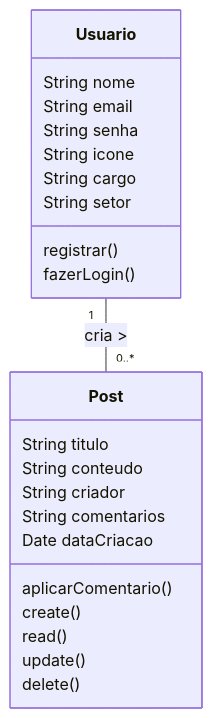
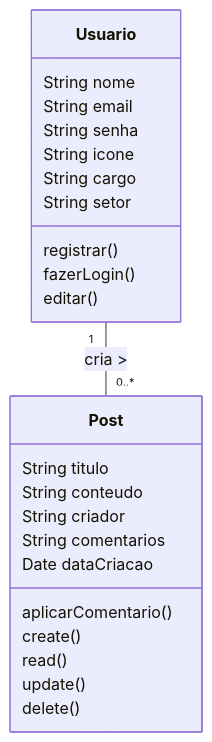
One commit to rafaelmoura23/plataforma_aulas-react changed the second of 3 diagrams in README.md. Above: the diagram before and after it, drawn with Mermaid. The commit also changed other lines of this file, not shown here.

````diff
--- a/README.md
+++ b/README.md
@@ -156,29 +156,30 @@
 ```mermaid
 
 classDiagram 
     class Usuario {
         String nome
         String email
         String senha
         String icone
         String cargo
         String setor
         registrar()
         fazerLogin()
+        editar()
     }
 
     class Post {
         String titulo
         String conteudo
         String criador
         String comentarios
         Date dataCriacao
         aplicarComentario()
         create()
         read()
         update()
         delete()
     }
 
     Usuario "1" -- "0..*" Post : cria >
 ```
````
